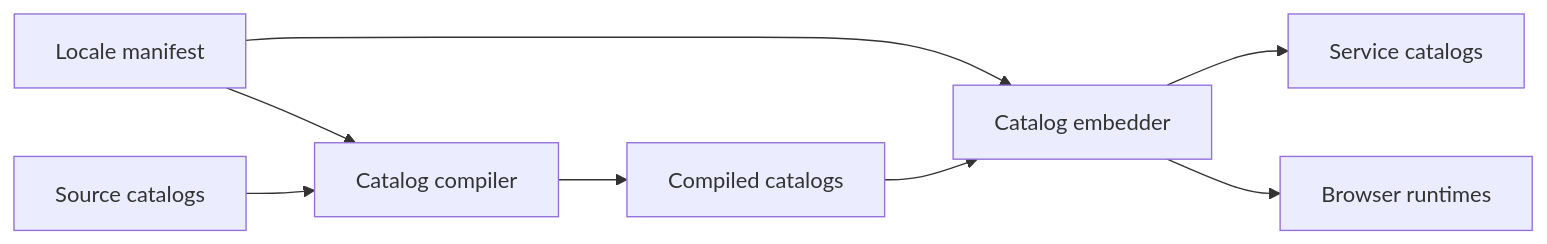
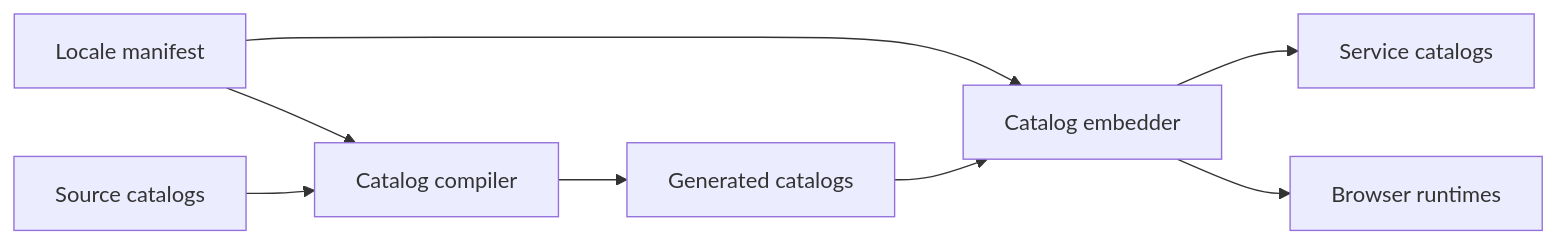
The first of 4 diagrams in docs/design/07-globalization.md (alissonsol/yuruna), drawn with Mermaid before and after one commit. The commit also changed other lines of this file and 1371 other files, not shown here.

````diff
--- a/docs/design/07-globalization.md
+++ b/docs/design/07-globalization.md
@@ -10,17 +11,17 @@
 ```mermaid
 flowchart LR
     locale-manifest-json["Locale manifest"]
     catalogs["Source catalogs"]
     invoke-catalog-compile-ps1["Catalog compiler"]
-    generated["Compiled catalogs"]
+    generated["Generated catalogs"]
     invoke-catalog-embed-ps1["Catalog embedder"]
     internal-catalog["Service catalogs"]
     yuruna-common-js["Browser runtimes"]
     locale-manifest-json --> invoke-catalog-compile-ps1
     catalogs --> invoke-catalog-compile-ps1
     invoke-catalog-compile-ps1 --> generated
     locale-manifest-json --> invoke-catalog-embed-ps1
     generated --> invoke-catalog-embed-ps1
     invoke-catalog-embed-ps1 --> internal-catalog
     invoke-catalog-embed-ps1 --> yuruna-common-js
 ```
````
